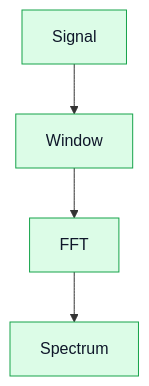
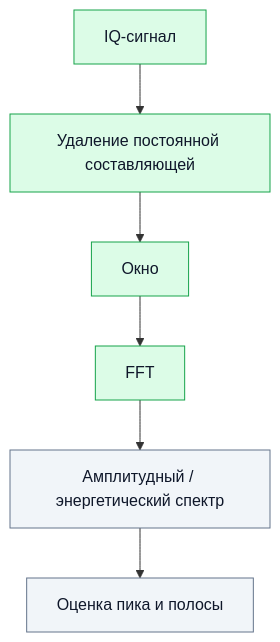
One commit to Lay007/zynq-sdr-course changed the diagram in blocks/block_01_intro_sdr/16_fft_spectral_analysis_ru.md. Above: the diagram before and after it, drawn with Mermaid. The commit also changed other lines of this file and 35 other files, not shown here.

````diff
--- a/blocks/block_01_intro_sdr/16_fft_spectral_analysis_ru.md
+++ b/blocks/block_01_intro_sdr/16_fft_spectral_analysis_ru.md
@@ -23,11 +46,14 @@
 ```mermaid
 flowchart TB
-    classDef dsp fill:#DCFCE7,color:#0F172A,stroke:#16A34A;
+    classDef dsp fill:#DCFCE7,color:#0F172A,stroke:#16A34A,stroke-width:1px;
+    classDef metric fill:#F1F5F9,color:#0F172A,stroke:#64748B,stroke-width:1px;
 
-    SIG["Signal"]:::dsp
-    WIN["Window"]:::dsp
+    SIG["IQ-сигнал"]:::dsp
+    DC["Удаление постоянной составляющей"]:::dsp
+    WIN["Окно"]:::dsp
     FFT["FFT"]:::dsp
-    SPEC["Spectrum"]:::dsp
+    MAG["Амплитудный / энергетический спектр"]:::metric
+    PEAK["Оценка пика и полосы"]:::metric
 
-    SIG --> WIN --> FFT --> SPEC
+    SIG --> DC --> WIN --> FFT --> MAG --> PEAK
 ```
````
